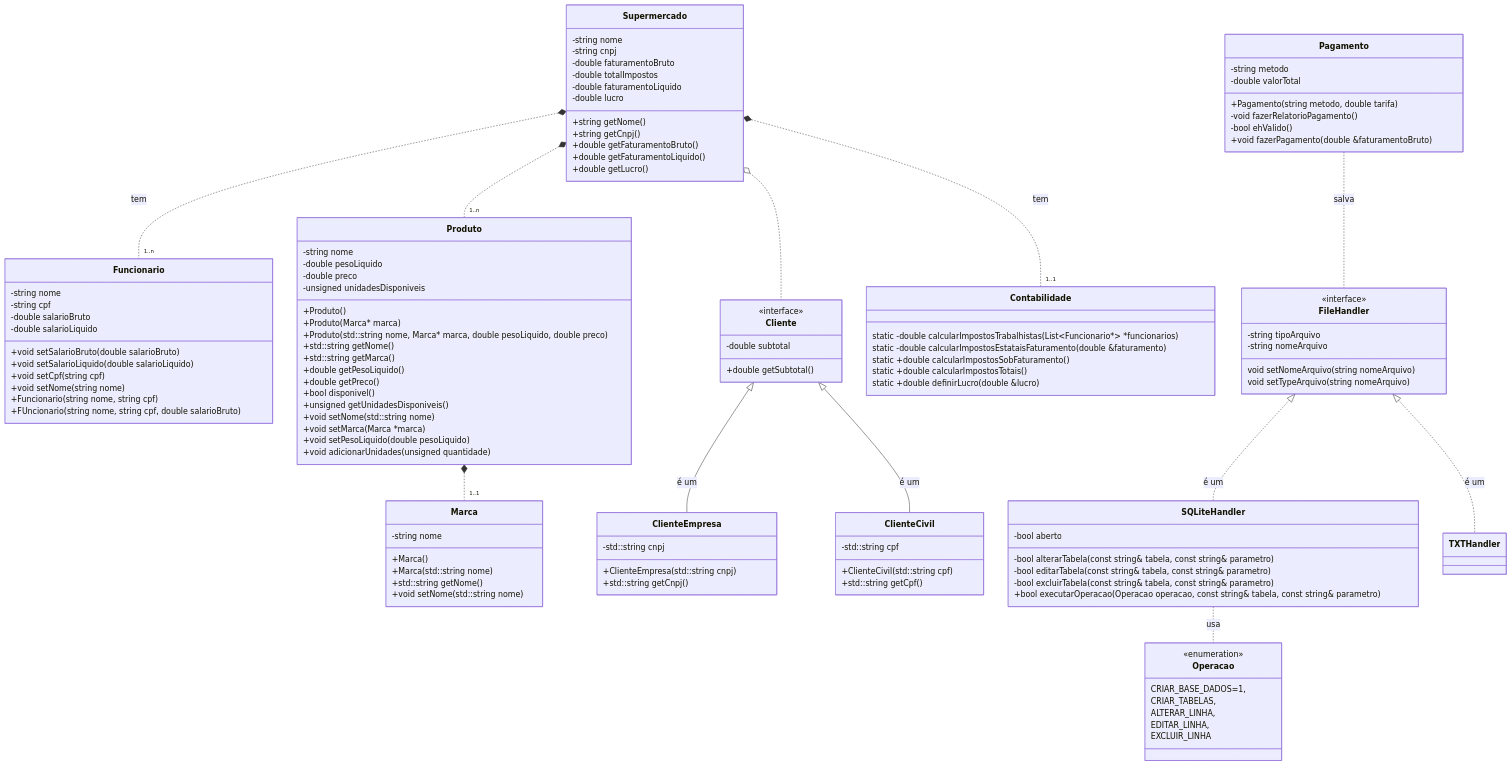
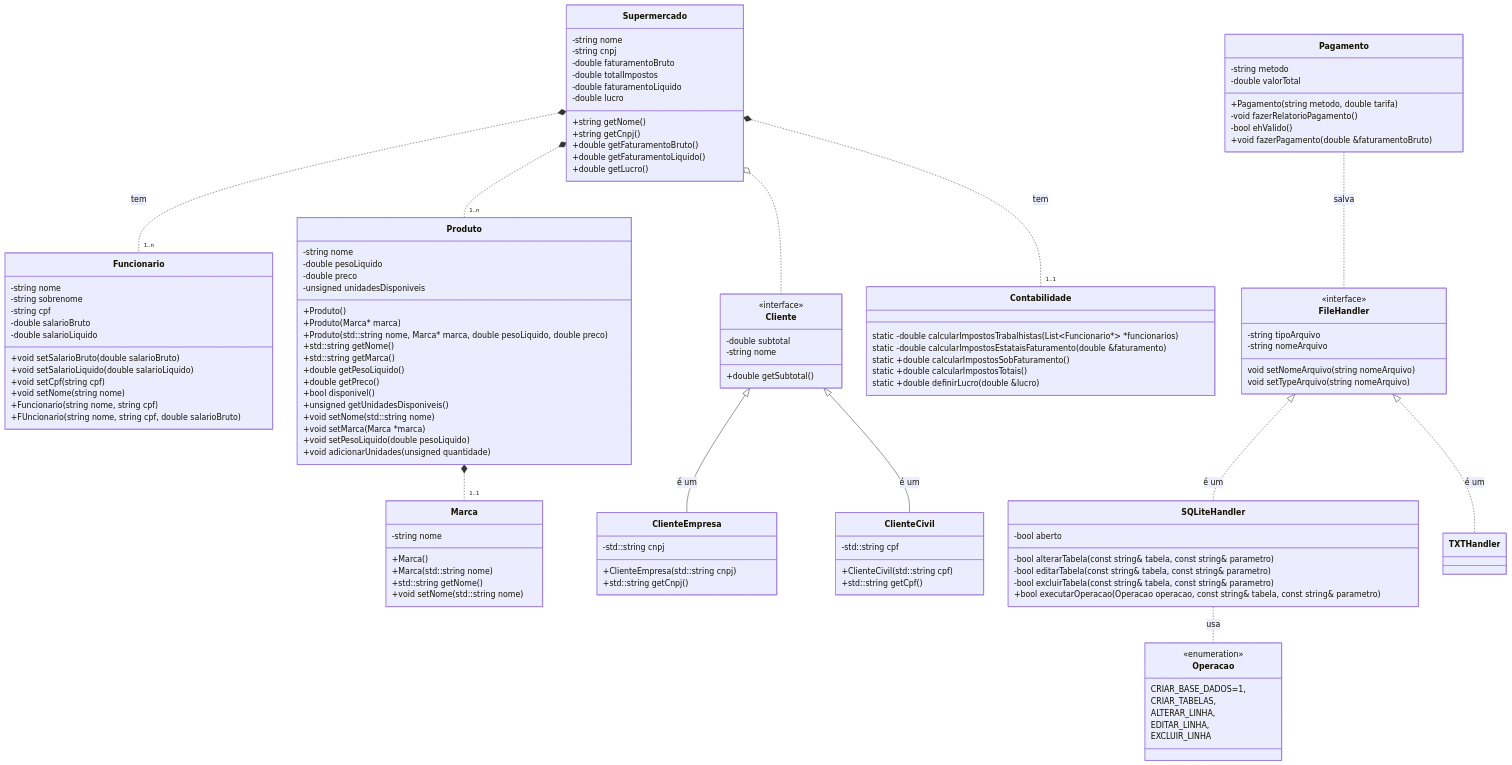
Before and after one commit to Dannzcd/smart-market: the diagram in README.md, drawn with Mermaid. The commit also changed other lines of this file and 33 other files, not shown here.

```diff
--- a/README.md
+++ b/README.md
@@ -26,6 +37,7 @@
 
 class Funcionario{
     -string nome
+    -string sobrenome
     -string cpf
     -double salarioBruto
     -double salarioLiquido
@@ -105,6 +117,7 @@
 class Cliente{
     <<interface>>
     -double subtotal
+    -string nome
 
     +double getSubtotal()
 }
```
